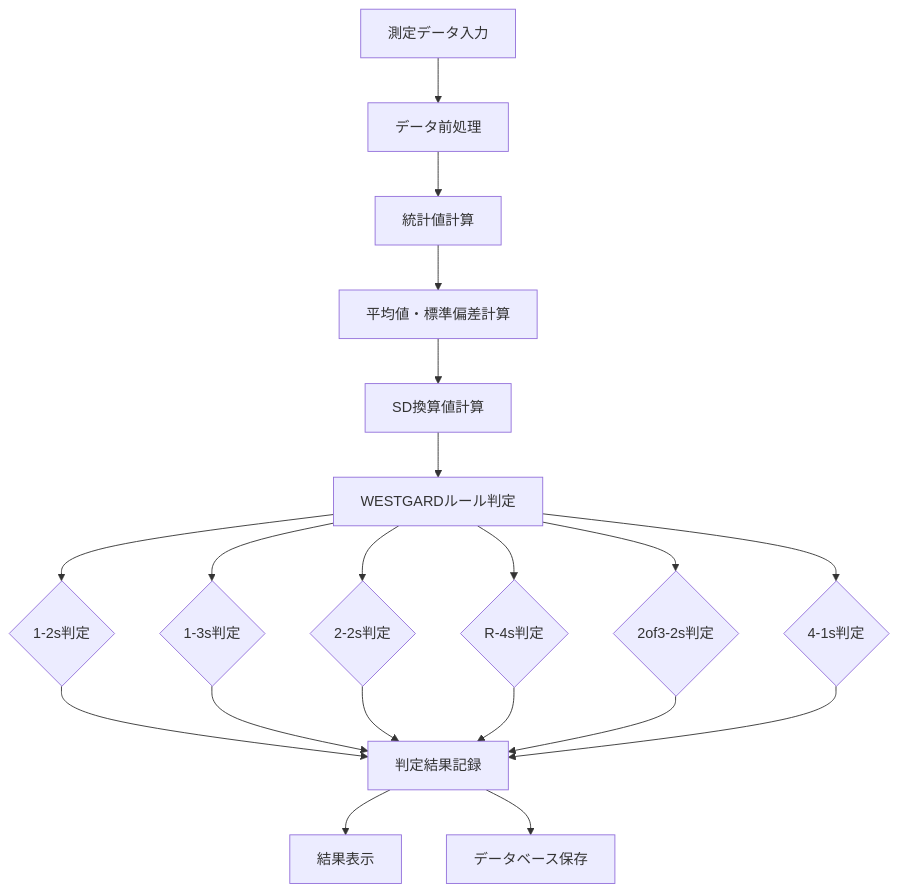
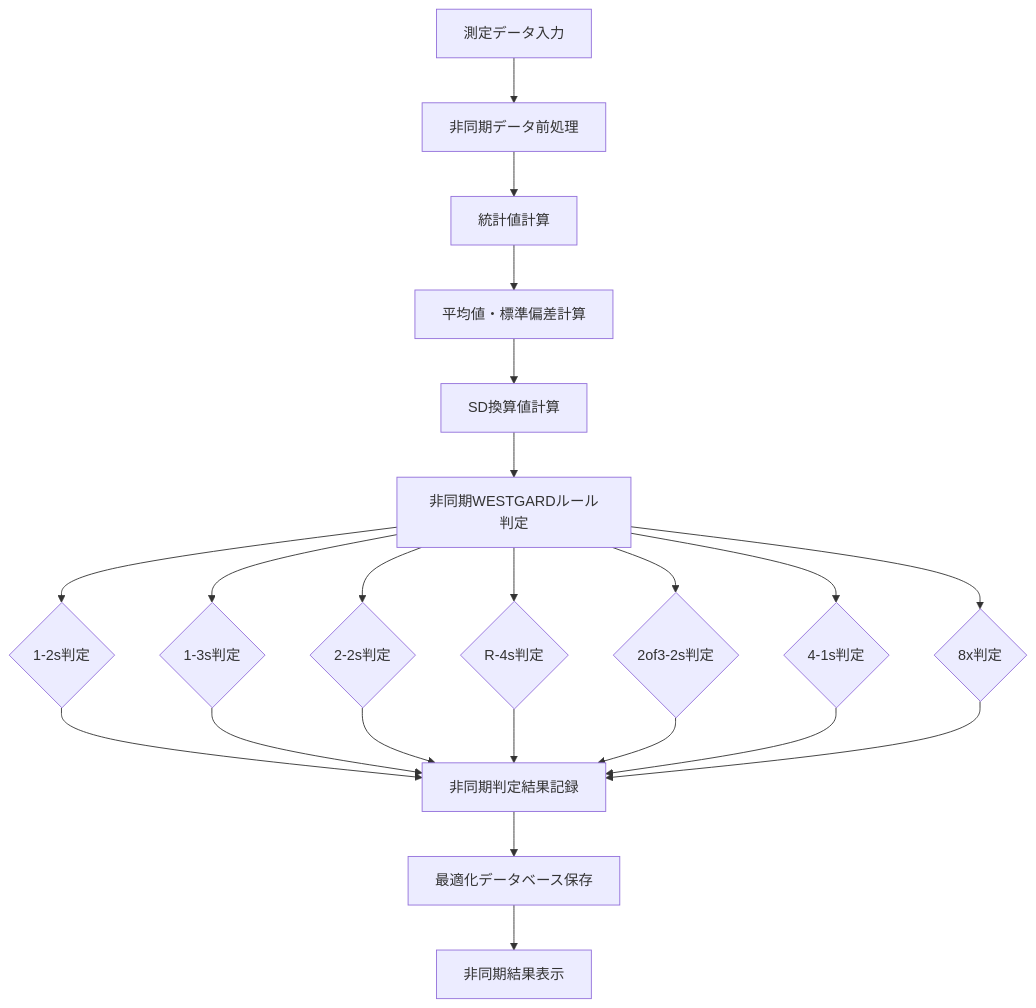
One commit to takashi-oi/qc_ariken_tpkyo changed the third of 12 diagrams in docs/関数フロー図.md. Above: the diagram before and after it, drawn with Mermaid. The commit also changed other lines of this file and 28 other files, not shown here.

````diff
--- a/docs/関数フロー図.md
+++ b/docs/関数フロー図.md
@@ -42,25 +54,27 @@
 ```mermaid
 graph TD
-    A[測定データ入力] --> B[データ前処理]
+    A[測定データ入力] --> B[非同期データ前処理]
     B --> C[統計値計算]
     C --> D[平均値・標準偏差計算]
     D --> E[SD換算値計算]
-    E --> F[WESTGARDルール判定]
-    
+    E --> F[非同期WESTGARDルール判定]
+
     F --> G{1-2s判定}
     F --> H{1-3s判定}
     F --> I{2-2s判定}
     F --> J{R-4s判定}
     F --> K{2of3-2s判定}
     F --> L{4-1s判定}
-    
-    G --> M[判定結果記録]
-    H --> M
-    I --> M
-    J --> M
-    K --> M
-    L --> M
-    
-    M --> N[結果表示]
-    M --> O[データベース保存]
+    F --> M{8x判定}
+
+    G --> N[非同期判定結果記録]
+    H --> N
+    I --> N
+    J --> N
+    K --> N
+    L --> N
+    M --> N
+
+    N --> O[最適化データベース保存]
+    O --> P[非同期結果表示]
 ```
````
